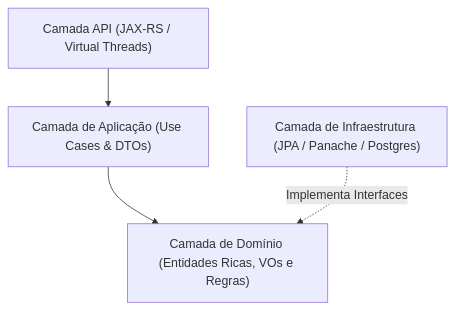
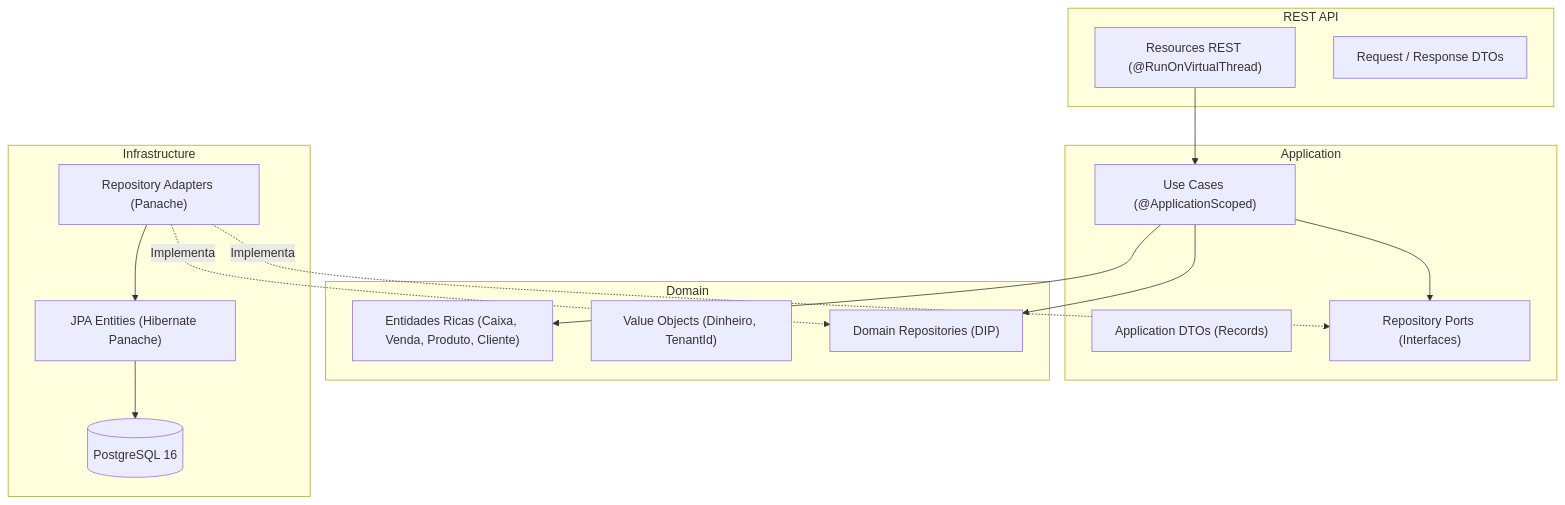
The diagram in README.md (henriquecosta1/mercado-api), drawn with Mermaid before and after one commit. The commit also changed other lines of this file and 29 other files, not shown here.

Commit message:
adicionando vendas, cancelamento, abertura caixa, sangria, produto e dashboard

````diff
--- a/README.md
+++ b/README.md
@@ -43,6 +68,34 @@
 ```mermaid
 graph TD
-    API["Camada API (JAX-RS / Virtual Threads)"] --> APP["Camada de Aplicação (Use Cases & DTOs)"]
-    APP --> DOMAIN["Camada de Domínio (Entidades Ricas, VOs e Regras)"]
-    INFRA["Camada de Infraestrutura (JPA / Panache / Postgres)"] -.->|Implementa Interfaces| DOMAIN
+    subgraph REST API
+        Resource["Resources REST (@RunOnVirtualThread)"]
+        ReqDTO["Request / Response DTOs"]
+    end
+
+    subgraph Application
+        UseCase["Use Cases (@ApplicationScoped)"]
+        AppDTO["Application DTOs (Records)"]
+        PortOut["Repository Ports (Interfaces)"]
+    end
+
+    subgraph Domain
+        Entities["Entidades Ricas (Caixa, Venda, Produto, Cliente)"]
+        VO["Value Objects (Dinheiro, TenantId)"]
+        DomainRepo["Domain Repositories (DIP)"]
+    end
+
+    subgraph Infrastructure
+        Adapter["Repository Adapters (Panache)"]
+        JpaEntity["JPA Entities (Hibernate Panache)"]
+        Postgres[(PostgreSQL 16)]
+    end
+
+    Resource --> UseCase
+    UseCase --> Entities
+    UseCase --> PortOut
+    UseCase --> DomainRepo
+    Adapter -.->|Implementa| DomainRepo
+    Adapter -.->|Implementa| PortOut
+    Adapter --> JpaEntity
+    JpaEntity --> Postgres
 ```
````
